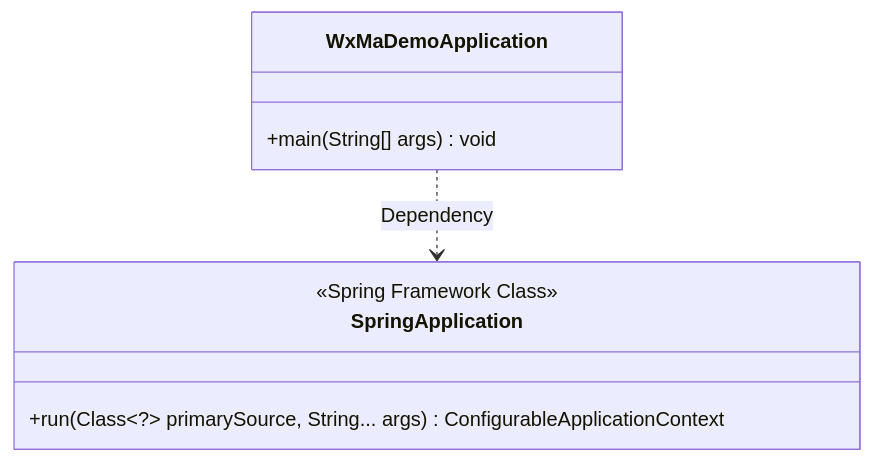
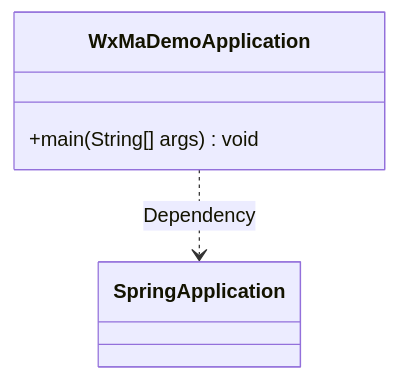
One commit to v-wjrong/rongwj666_weixin-java-miniapp-demo changed the first of 2 diagrams in docs/en/docs/src/main/java/com/github/binarywang/demo/wx/miniapp/WxMaDemoApplication.md. Above: the diagram before and after it, drawn with Mermaid. The commit also changed other lines of this file and 47 other files, not shown here.

````diff
--- a/docs/en/docs/src/main/java/com/github/binarywang/demo/wx/miniapp/WxMaDemoApplication.md
+++ b/docs/en/docs/src/main/java/com/github/binarywang/demo/wx/miniapp/WxMaDemoApplication.md
@@ -36,11 +36,7 @@
 ```mermaid
 classDiagram
     class WxMaDemoApplication {
         +main(String[] args) void
     }
     WxMaDemoApplication ..> SpringApplication : Dependency
-    class SpringApplication {
-        <<Spring Framework Class>>
-        +run(Class~?~ primarySource, String... args) ConfigurableApplicationContext
-    }
 ```
````
